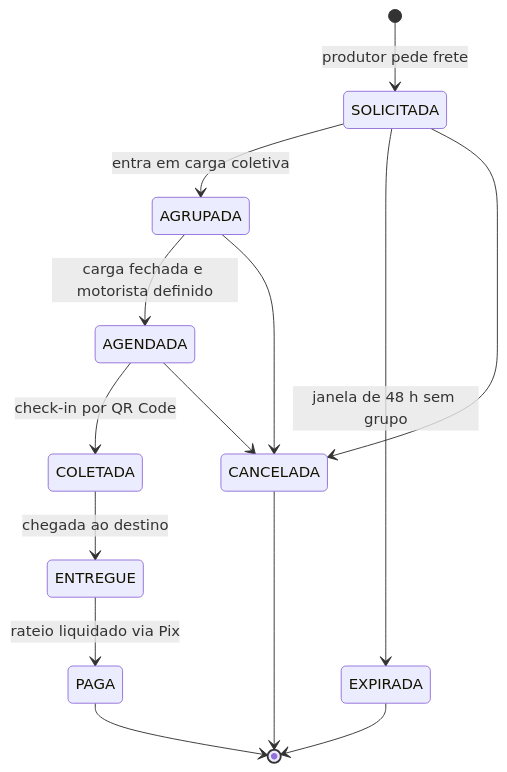
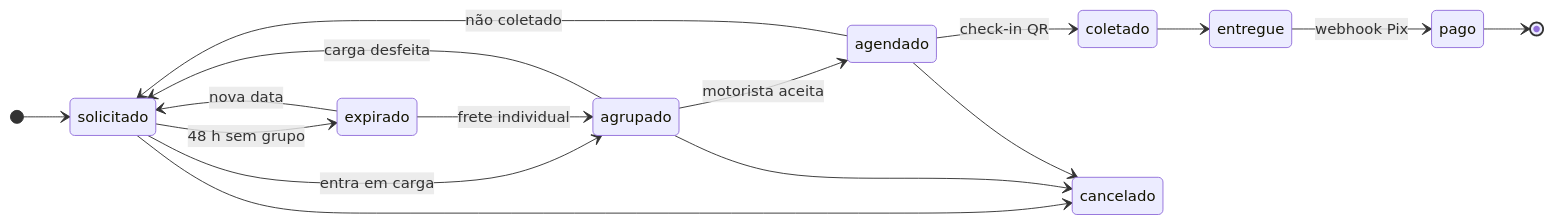
The fourth of 5 diagrams in README.md (Codebynaty/agrosync), drawn with Mermaid before and after one commit. The commit also changed other lines of this file and 77 other files, not shown here.

````diff
--- a/README.md
+++ b/README.md
@@ -220,16 +242,19 @@
 ```mermaid
 stateDiagram-v2
-    [*] --> SOLICITADA: produtor pede frete
-    SOLICITADA --> AGRUPADA: entra em carga coletiva
-    SOLICITADA --> EXPIRADA: janela de 48 h sem grupo
-    AGRUPADA --> AGENDADA: carga fechada e motorista definido
-    AGENDADA --> COLETADA: check-in por QR Code
-    COLETADA --> ENTREGUE: chegada ao destino
-    ENTREGUE --> PAGA: rateio liquidado via Pix
-    SOLICITADA --> CANCELADA
-    AGRUPADA --> CANCELADA
-    AGENDADA --> CANCELADA
-    PAGA --> [*]
-    EXPIRADA --> [*]
-    CANCELADA --> [*]
+    direction LR
+    [*] --> solicitado
+    solicitado --> agrupado: entra em carga
+    solicitado --> expirado: 48 h sem grupo
+    expirado --> solicitado: nova data
+    expirado --> agrupado: frete individual
+    agrupado --> agendado: motorista aceita
+    agrupado --> solicitado: carga desfeita
+    agendado --> coletado: check-in QR
+    agendado --> solicitado: não coletado
+    coletado --> entregue
+    entregue --> pago: webhook Pix
+    solicitado --> cancelado
+    agrupado --> cancelado
+    agendado --> cancelado
+    pago --> [*]
 ```
````
